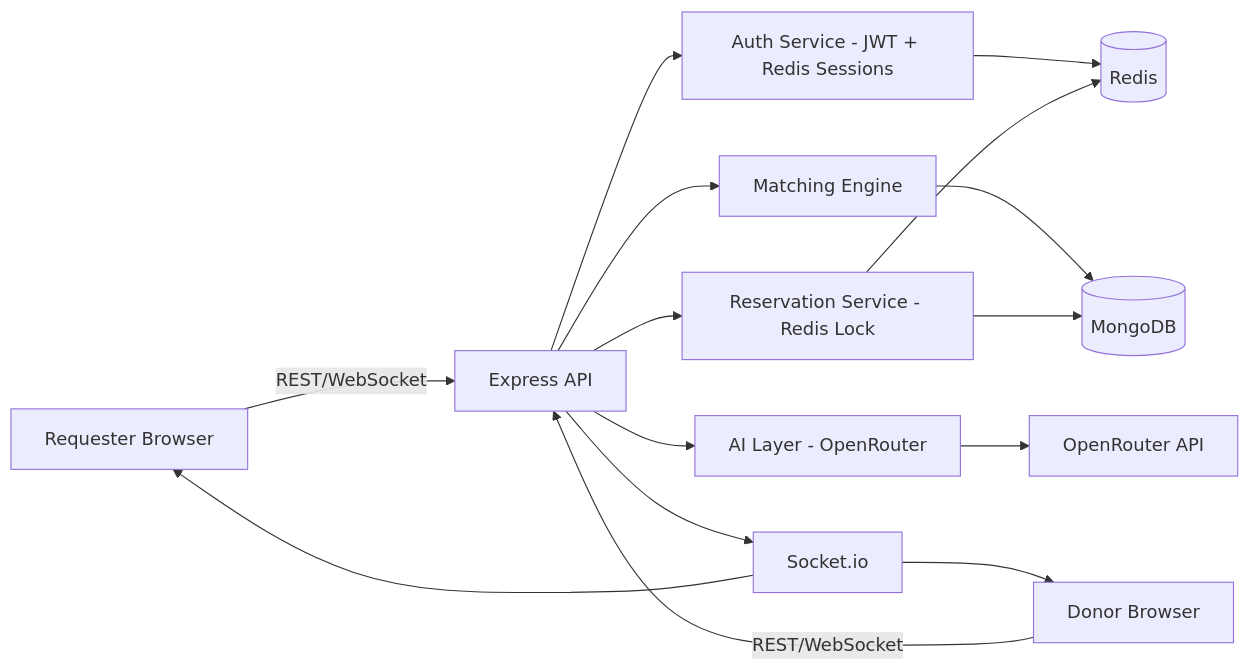
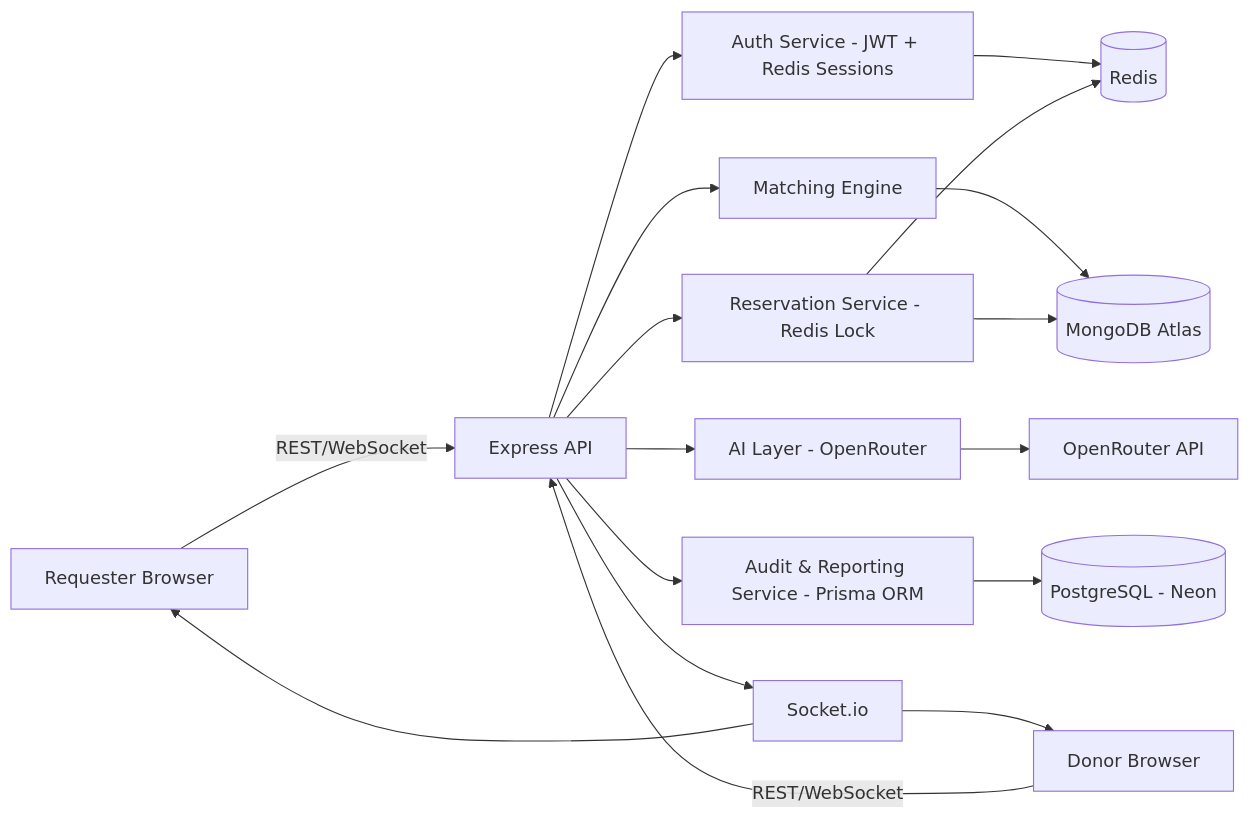
The diagram in docs/HLD.md (MayankSharma-2812/Lifeline), drawn with Mermaid before and after one commit. The commit also changed other lines of this file and 14 other files, not shown here.

Commit message:
feat: add postgresql prisma audit layer and react-router-dom client routing

````diff
--- a/docs/HLD.md
+++ b/docs/HLD.md
@@ -5,17 +5,19 @@
 ```mermaid
 flowchart LR
     U[Requester Browser] -- REST/WebSocket --> API[Express API]
     D[Donor Browser] -- REST/WebSocket --> API
     API --> AUTH[Auth Service - JWT + Redis Sessions]
     API --> MATCH[Matching Engine]
     API --> RES[Reservation Service - Redis Lock]
     API --> AI[AI Layer - OpenRouter]
+    API --> AUDIT[Audit & Reporting Service - Prisma ORM]
     AUTH --> REDIS[(Redis)]
     RES --> REDIS
-    MATCH --> DB[(MongoDB)]
+    MATCH --> DB[(MongoDB Atlas)]
     RES --> DB
+    AUDIT --> PG[(PostgreSQL - Neon)]
     API --> WS[Socket.io]
     WS --> U
     WS --> D
     AI --> OR[OpenRouter API]
 ```
````
